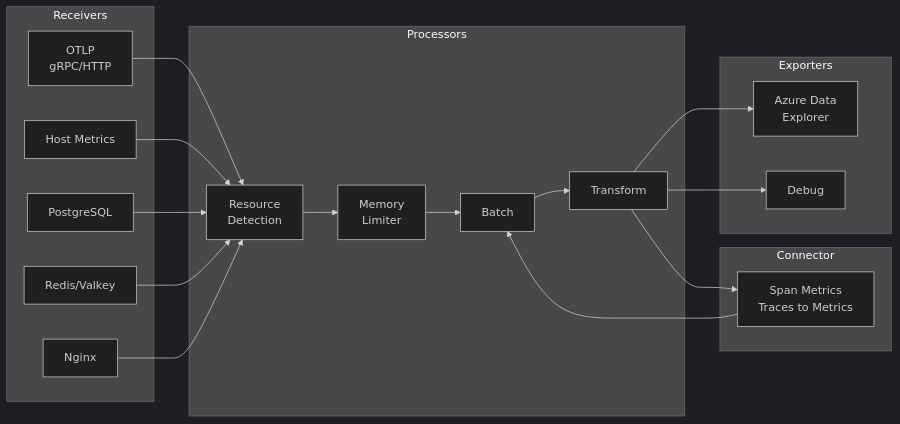
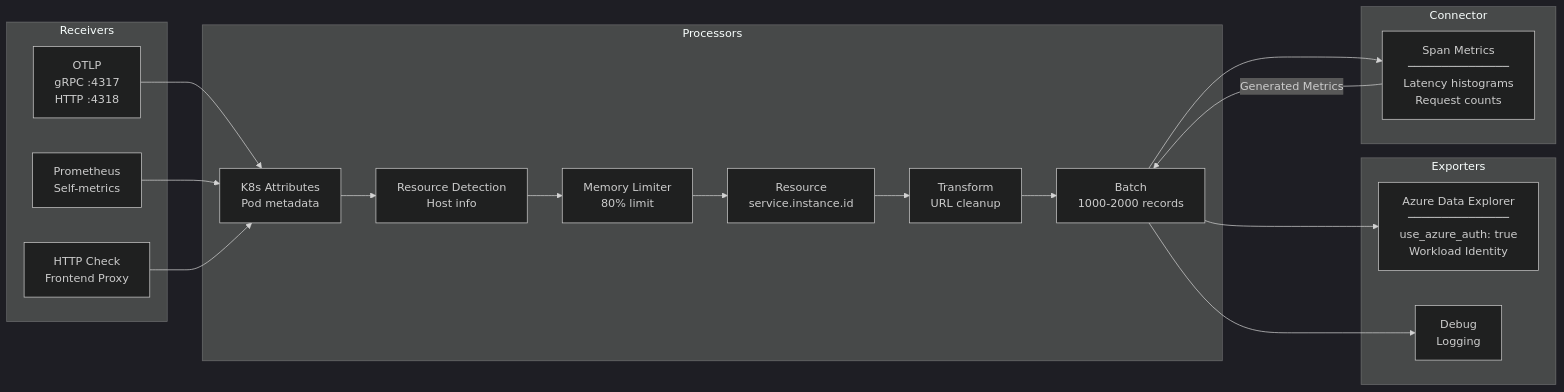
Before and after one commit to open-telemetry/opentelemetry-demo: the third of 5 diagrams in README.md, drawn with Mermaid (dark theme). The commit also changed other lines of this file, not shown here.

First line of the commit message:
docs: rewrite README for ADX fork with architecture diagrams

````diff
--- a/README.md
+++ b/README.md
@@ -90,37 +149,37 @@
 ```mermaid
 flowchart LR
     subgraph Receivers["Receivers"]
-        OTLP[OTLP<br/>gRPC/HTTP]
-        HM[Host Metrics]
-        PG[PostgreSQL]
-        RD[Redis/Valkey]
-        NG[Nginx]
+        OTLP[OTLP<br/>gRPC :4317<br/>HTTP :4318]
+        PROM[Prometheus<br/>Self-metrics]
+        HC[HTTP Check<br/>Frontend Proxy]
     end
 
     subgraph Processors["Processors"]
-        RD2[Resource<br/>Detection]
-        ML[Memory<br/>Limiter]
-        BT[Batch]
-        TR[Transform]
+        K8S[K8s Attributes<br/>Pod metadata]
+        RD[Resource Detection<br/>Host info]
+        ML[Memory Limiter<br/>80% limit]
+        RES[Resource<br/>service.instance.id]
+        TF[Transform<br/>URL cleanup]
+        BT[Batch<br/>1000-2000 records]
     end
 
     subgraph Exporters["Exporters"]
-        ADX[Azure Data<br/>Explorer]
-        DBG[Debug]
+        ADX[Azure Data Explorer<br/>───────────────<br/>use_azure_auth: true<br/>Workload Identity]
+        DBG[Debug<br/>Logging]
     end
 
     subgraph Connector["Connector"]
-        SM[Span Metrics<br/>Traces to Metrics]
+        SM[Span Metrics<br/>───────────────<br/>Latency histograms<br/>Request counts]
     end
 
-    OTLP --> RD2
-    HM --> RD2
-    PG --> RD2
-    RD --> RD2
-    NG --> RD2
+    OTLP --> K8S
+    PROM --> K8S
+    HC --> K8S
 
-    RD2 --> ML --> BT --> TR --> ADX
-    TR --> DBG
-    TR --> SM
-    SM --> BT
+    K8S --> RD --> ML --> RES --> TF --> BT
+
+    BT --> ADX
+    BT --> DBG
+    BT --> SM
+    SM -->|Generated Metrics| BT
 ```
````
